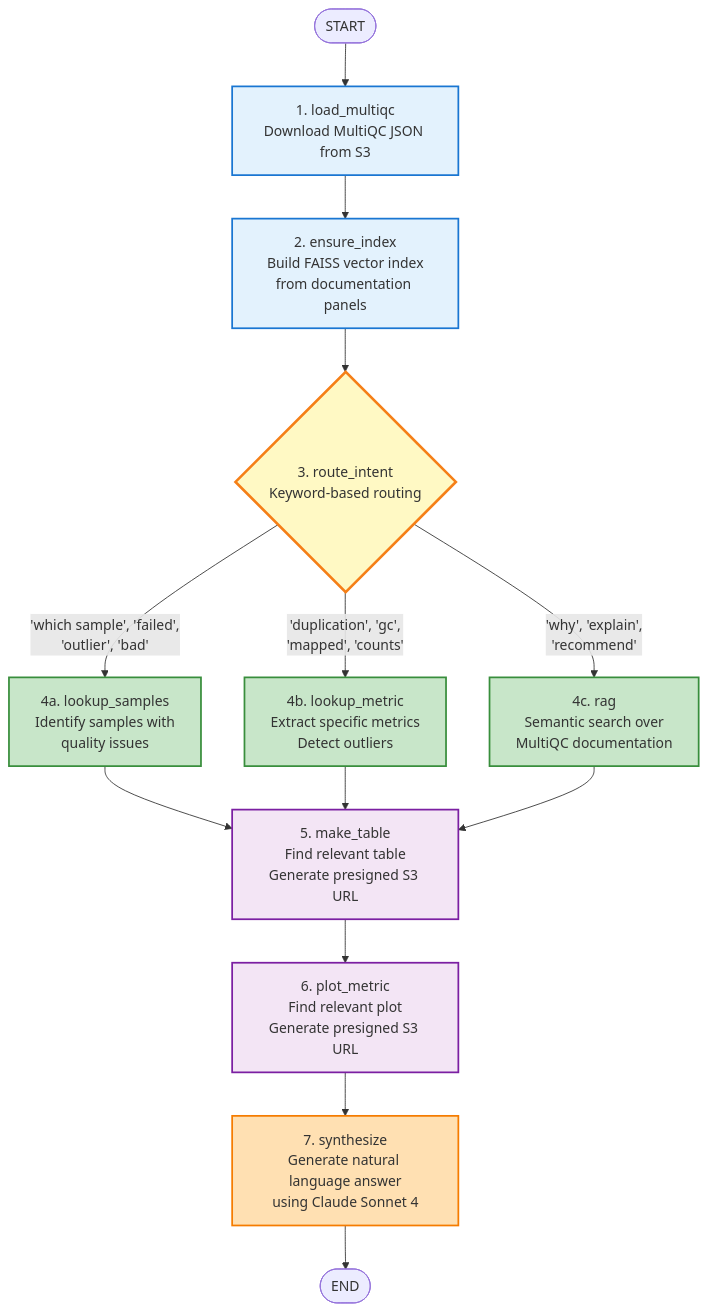
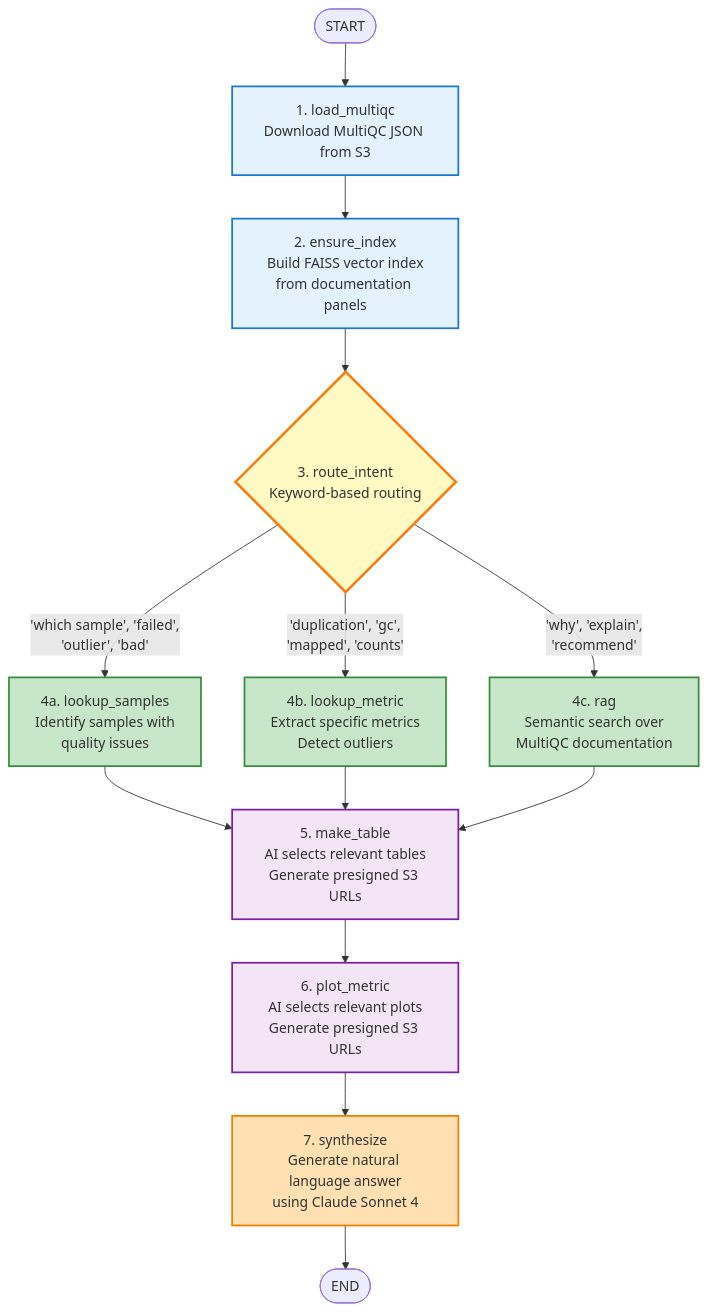
The diagram in docs/AGENT_GRAPH.md (KennethVrb/singlecell-ai-insights), drawn with Mermaid before and after one commit. The commit also changed other lines of this file, not shown here.

Commit message:
docs: update agent graph to support multiple table and plot selections

````diff
--- a/docs/AGENT_GRAPH.md
+++ b/docs/AGENT_GRAPH.md
@@ -5,46 +5,46 @@
 ```mermaid
 graph TB
     START([START])
     
     LoadMultiQC[1. load_multiqc<br/>Download MultiQC JSON from S3]
     EnsureIndex[2. ensure_index<br/>Build FAISS vector index<br/>from documentation panels]
     RouteIntent{3. route_intent<br/>Keyword-based routing}
     
     LookupSamples[4a. lookup_samples<br/>Identify samples with<br/>quality issues]
     LookupMetric[4b. lookup_metric<br/>Extract specific metrics<br/>Detect outliers]
     RAG[4c. rag<br/>Semantic search over<br/>MultiQC documentation]
     
-    MakeTable[5. make_table<br/>Find relevant table<br/>Generate presigned S3 URL]
-    PlotMetric[6. plot_metric<br/>Find relevant plot<br/>Generate presigned S3 URL]
+    MakeTable[5. make_table<br/>AI selects relevant tables<br/>Generate presigned S3 URLs]
+    PlotMetric[6. plot_metric<br/>AI selects relevant plots<br/>Generate presigned S3 URLs]
     Synthesize[7. synthesize<br/>Generate natural language answer<br/>using Claude Sonnet 4]
     
     END([END])
     
     START --> LoadMultiQC
     LoadMultiQC --> EnsureIndex
     EnsureIndex --> RouteIntent
     
     RouteIntent -->|"'which sample', 'failed',<br/>'outlier', 'bad'"| LookupSamples
     RouteIntent -->|"'duplication', 'gc',<br/>'mapped', 'counts'"| LookupMetric
     RouteIntent -->|"'why', 'explain',<br/>'recommend'"| RAG
     
     LookupSamples --> MakeTable
     LookupMetric --> MakeTable
     RAG --> MakeTable
     
     MakeTable --> PlotMetric
     PlotMetric --> Synthesize
     Synthesize --> END
     
     classDef dataNode fill:#E3F2FD,stroke:#1976D2,stroke-width:2px
     classDef routeNode fill:#FFF9C4,stroke:#F57F17,stroke-width:3px
     classDef analysisNode fill:#C8E6C9,stroke:#388E3C,stroke-width:2px
     classDef artifactNode fill:#F3E5F5,stroke:#7B1FA2,stroke-width:2px
     classDef synthesisNode fill:#FFE0B2,stroke:#F57C00,stroke-width:2px
     
     class LoadMultiQC,EnsureIndex dataNode
     class RouteIntent routeNode
     class LookupSamples,LookupMetric,RAG analysisNode
     class MakeTable,PlotMetric artifactNode
     class Synthesize synthesisNode
 ```
````
